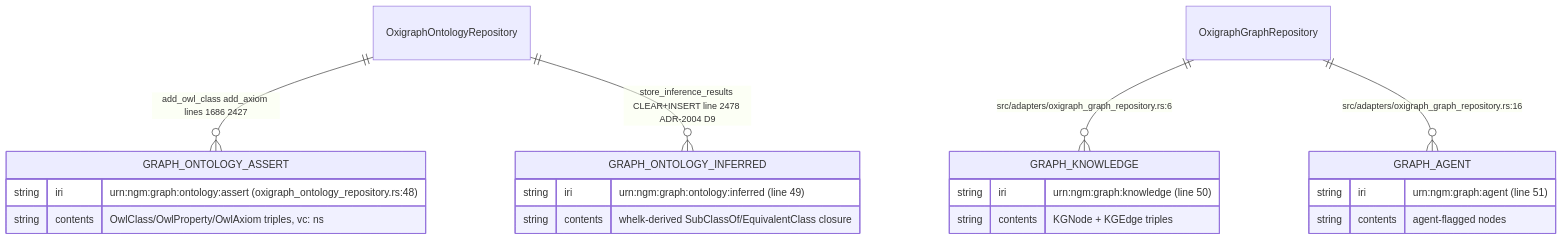
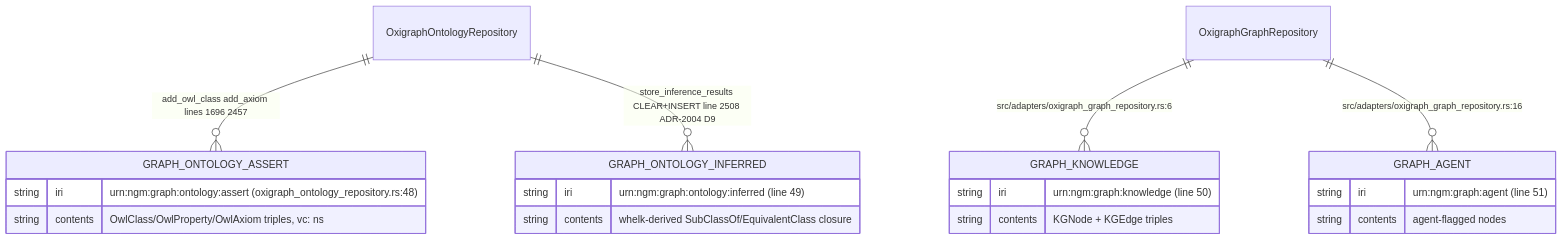
Before and after one commit to DreamLab-AI/VisionFlow: the second of 9 diagrams in docs/diagrams/visionclaw/20-ontology-pipeline-oxigraph-whelk.md, drawn with Mermaid. The commit also changed other lines of this file and 111 other files, not shown here.

Commit message:
docs(diagrams): align estate maps with current source

````diff
--- a/docs/diagrams/visionclaw/20-ontology-pipeline-oxigraph-whelk.md
+++ b/docs/diagrams/visionclaw/20-ontology-pipeline-oxigraph-whelk.md
@@ -72,23 +72,23 @@
 ```mermaid
 erDiagram
     GRAPH_ONTOLOGY_ASSERT {
         string iri "urn:ngm:graph:ontology:assert (oxigraph_ontology_repository.rs:48)"
         string contents "OwlClass/OwlProperty/OwlAxiom triples, vc: ns"
     }
     GRAPH_ONTOLOGY_INFERRED {
         string iri "urn:ngm:graph:ontology:inferred (line 49)"
         string contents "whelk-derived SubClassOf/EquivalentClass closure"
     }
     GRAPH_KNOWLEDGE {
         string iri "urn:ngm:graph:knowledge (line 50)"
         string contents "KGNode + KGEdge triples"
     }
     GRAPH_AGENT {
         string iri "urn:ngm:graph:agent (line 51)"
         string contents "agent-flagged nodes"
     }
-    OxigraphOntologyRepository ||--o{ GRAPH_ONTOLOGY_ASSERT : "add_owl_class add_axiom lines 1686 2427"
-    OxigraphOntologyRepository ||--o{ GRAPH_ONTOLOGY_INFERRED : "store_inference_results CLEAR+INSERT line 2478 ADR-2004 D9"
+    OxigraphOntologyRepository ||--o{ GRAPH_ONTOLOGY_ASSERT : "add_owl_class add_axiom lines 1696 2457"
+    OxigraphOntologyRepository ||--o{ GRAPH_ONTOLOGY_INFERRED : "store_inference_results CLEAR+INSERT line 2508 ADR-2004 D9"
     OxigraphGraphRepository ||--o{ GRAPH_KNOWLEDGE : "src/adapters/oxigraph_graph_repository.rs:6"
     OxigraphGraphRepository ||--o{ GRAPH_AGENT : "src/adapters/oxigraph_graph_repository.rs:16"
 ```
````
